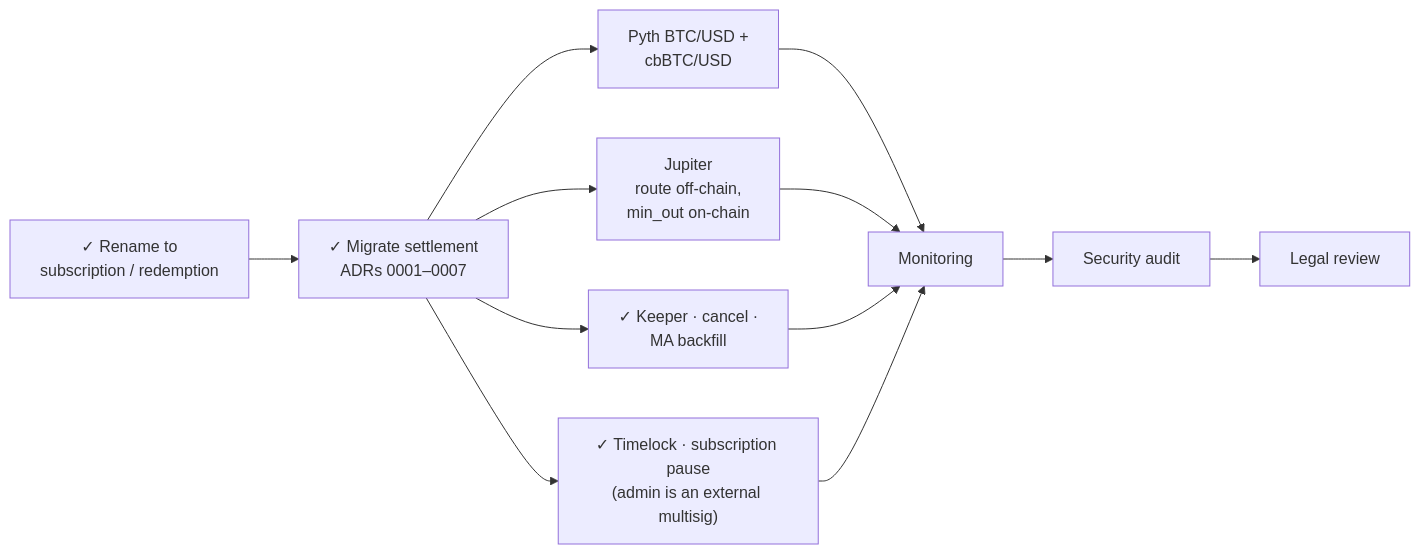
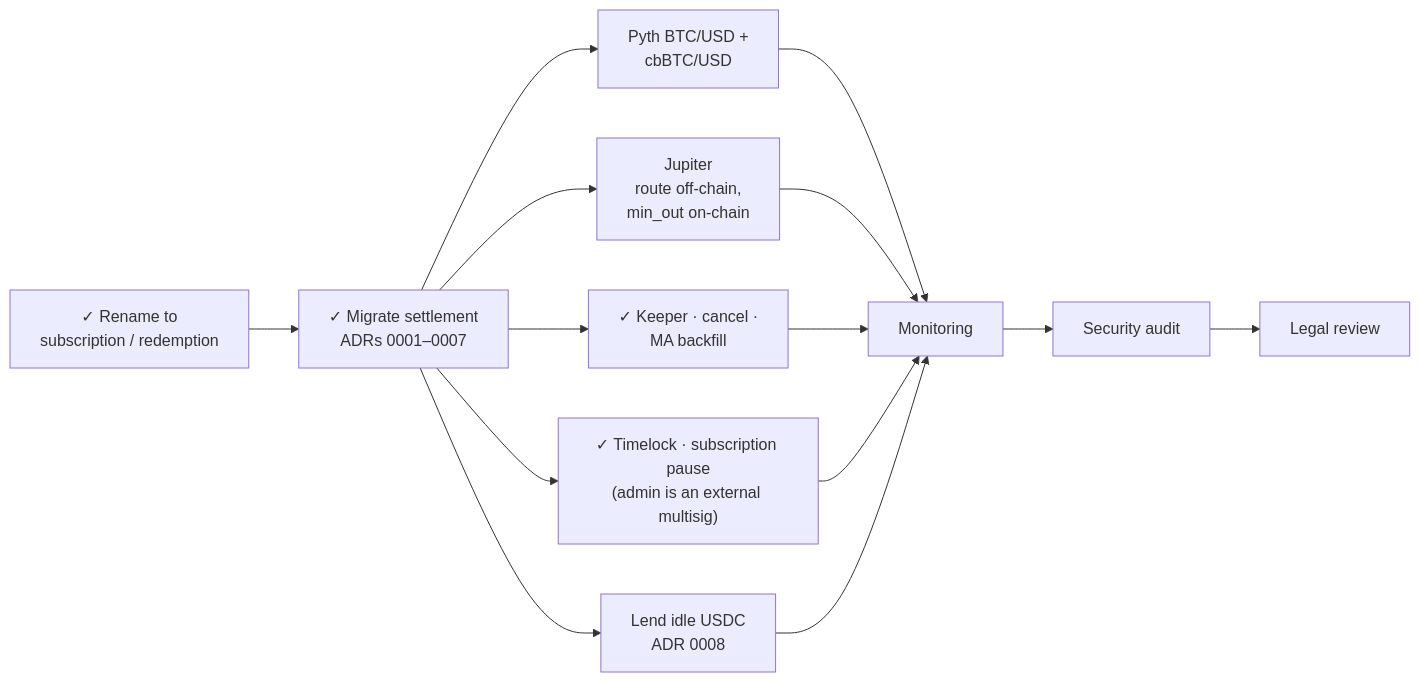
Before and after one commit to 0xnex/tide: diagram 14 of 14 in README.md, drawn with Mermaid. The commit also changed 2 other files, not shown here.

Commit message:
docs: ADR 0008, lend idle USDC within a cap

````diff
--- a/README.md
+++ b/README.md
@@ -335,8 +335,9 @@
 ```mermaid
 flowchart LR
   A["✓ Rename to<br/>subscription / redemption"] --> B["✓ Migrate settlement<br/>ADRs 0001–0007"]
   B --> C["Pyth BTC/USD +<br/>cbBTC/USD"] & D["Jupiter<br/>route off-chain,<br/>min_out on-chain"]
   B --> E["✓ Keeper · cancel ·<br/>MA backfill"]
   B --> F["✓ Timelock · subscription pause<br/>(admin is an external multisig)"]
-  C & D & E & F --> G["Monitoring"] --> H["Security audit"] --> I["Legal review"]
+  B --> L["Lend idle USDC<br/>ADR 0008"]
+  C & D & E & F & L --> G["Monitoring"] --> H["Security audit"] --> I["Legal review"]
 ```
````
